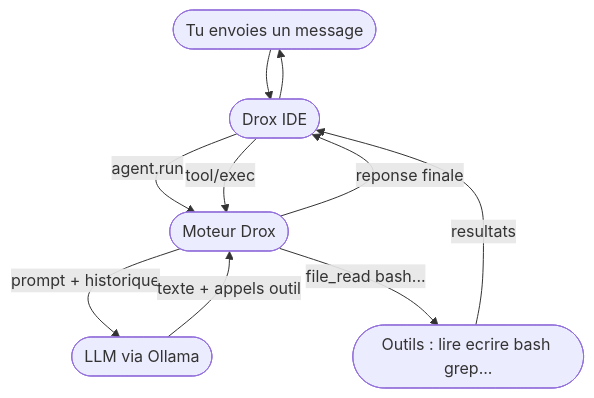
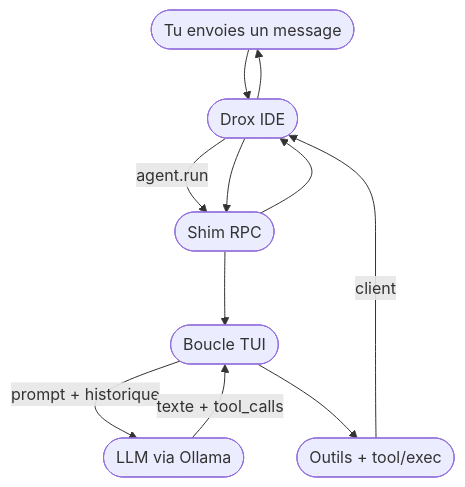
One commit to DroxKiwi/Drox---IDE changed the second of 5 diagrams in README.md. Above: the diagram before and after it, drawn with Mermaid. The commit also changed other lines of this file and 3509 other files, not shown here.

````diff
--- a/README.md
+++ b/README.md
@@ -91,18 +91,20 @@
 ```mermaid
 flowchart TB
   U(["Tu envoies un message"])
   I(["Drox IDE"])
-  M(["Moteur Drox"])
+  S(["Shim RPC"])
+  M(["Boucle TUI"])
   L(["LLM via Ollama"])
-  O(["Outils : lire ecrire bash grep..."])
+  O(["Outils + tool/exec"])
 
   U --> I
-  I -->|agent.run| M
+  I -->|agent.run| S
+  S --> M
   M -->|prompt + historique| L
-  L -->|texte + appels outil| M
-  M -->|file_read bash...| O
-  O -->|resultats| I
-  I -->|tool/exec| M
-  M -->|reponse finale| I
+  L -->|texte + tool_calls| M
+  M --> O
+  O -->|client| I
+  I --> S
+  S --> I
   I --> U
 ```
````
